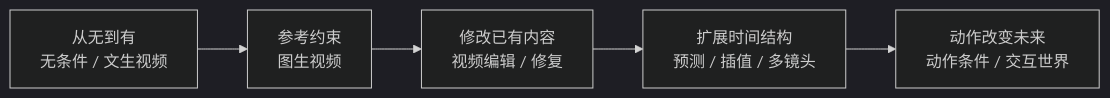
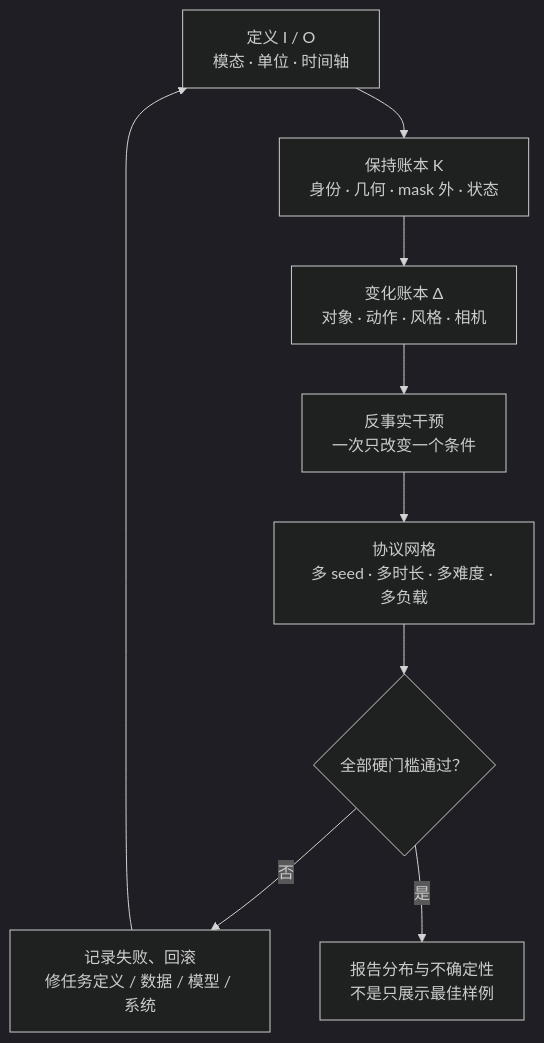
Before and after one commit to GVCLab/Video-Generation-101: the second of 2 diagrams in docs/taxonomy.md, drawn with Mermaid (dark theme). The commit also changed other lines of this file and 22 other files, not shown here.

````diff
--- a/docs/taxonomy.md
+++ b/docs/taxonomy.md
@@ -52,7 +157,14 @@
-```mermaid
-flowchart LR
-    A["从无到有<br/>无条件 / 文生视频"] --> B["参考约束<br/>图生视频"]
-    B --> C["修改已有内容<br/>视频编辑 / 修复"]
-    C --> D["扩展时间结构<br/>预测 / 插值 / 多镜头"]
-    D --> E["动作改变未来<br/>动作条件 / 交互世界"]
-```
+~~~mermaid
+flowchart TD
+    accTitle: 从任务合同到证伪测试
+    accDescr: 输入输出定义后，分别建立保持账本与变化账本，再对条件做反事实干预，并在多个随机种子、时间长度和系统负载下验收；未通过则回到任务或系统设计，而不是挑选最好样例。
+
+    A["定义 I / O<br/>模态 · 单位 · 时间轴"] --> B["保持账本 K<br/>身份 · 几何 · mask 外 · 状态"]
+    B --> C["变化账本 Δ<br/>对象 · 动作 · 风格 · 相机"]
+    C --> D["反事实干预<br/>一次只改变一个条件"]
+    D --> E["协议网格<br/>多 seed · 多时长 · 多难度 · 多负载"]
+    E --> F{"全部硬门槛通过？"}
+    F -- 否 --> G["记录失败、回滚<br/>修任务定义 / 数据 / 模型 / 系统"]
+    F -- 是 --> H["报告分布与不确定性<br/>不是只展示最佳样例"]
+    G --> A
+~~~
````
